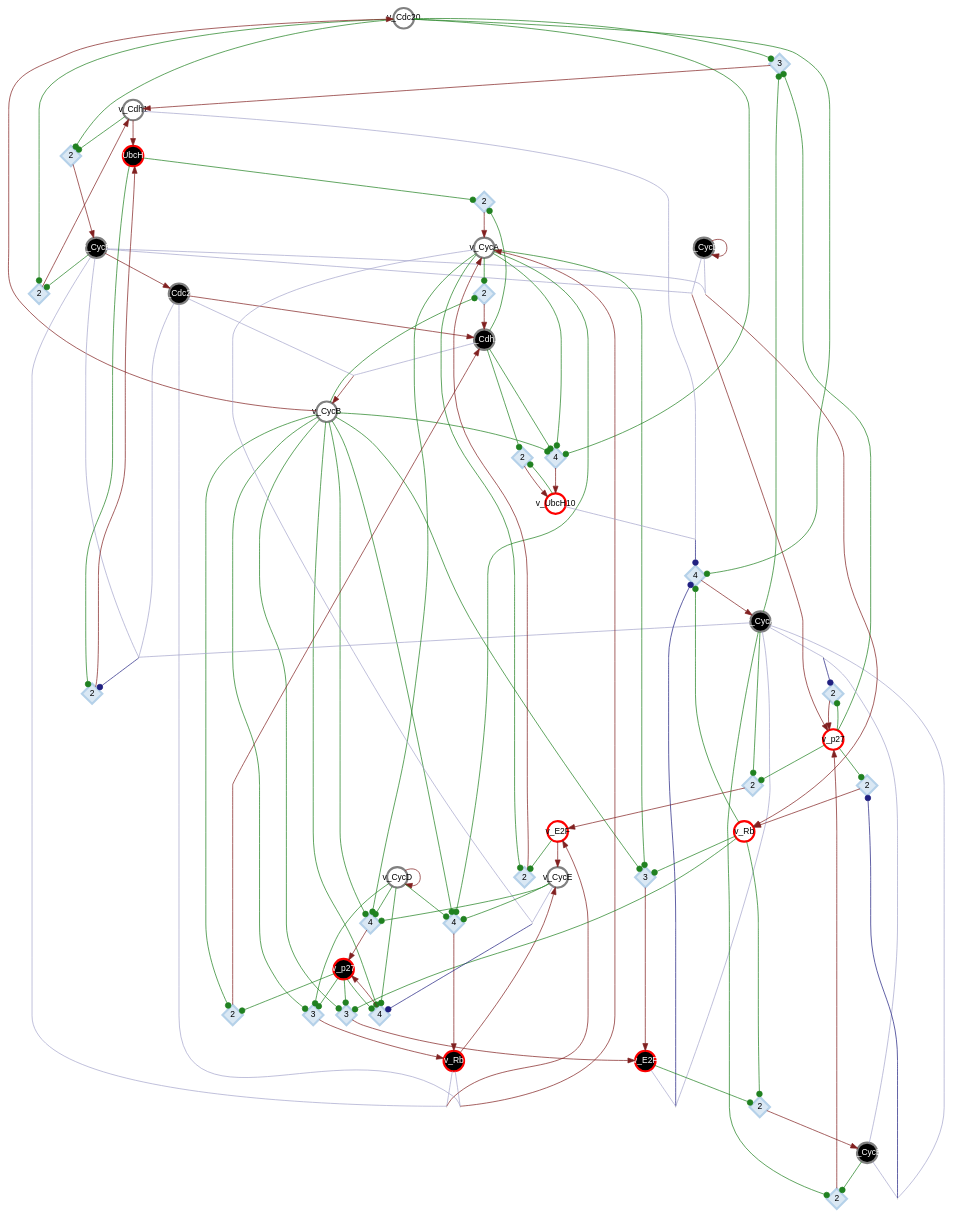
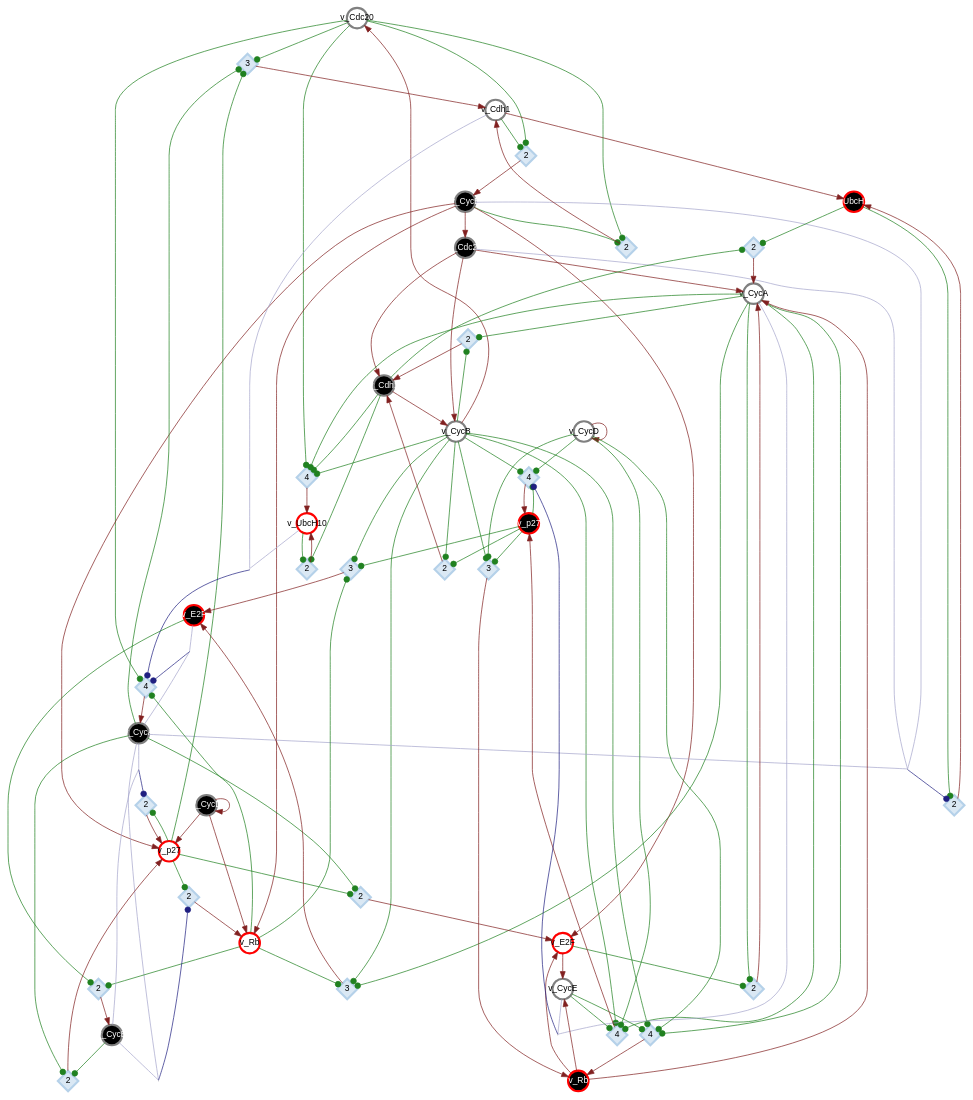
Before and after one commit to CASCI-lab/CANA: the diagram in dev/logs/dcm_bbm_figures/023__MAMMALIAN-CELL-CYCLE-2006/legacy_simplify.gv, drawn with Graphviz. The commit also changed 26 other files, not shown here.

```diff
--- a/dev/logs/dcm_bbm_figures/023__MAMMALIAN-CELL-CYCLE-2006/legacy_simplify.gv
+++ b/dev/logs/dcm_bbm_figures/023__MAMMALIAN-CELL-CYCLE-2006/legacy_simplify.gv
@@ -16,7 +16,6 @@
 	"var-2-out-0" [label=v_CycA color=gray fillcolor=white fontcolor=black]
 	"thr-4-var-1-out-1" [label=2 color="#b5d1e9" fillcolor="#dae8f4" fontcolor=black height=.4 shape=diamond style="filled,solid" width=.4]
 	"var-9-out-1" [label=v_p27 color=red fillcolor=black fontcolor=white]
-	"fus-0-grp-0-thr-0-var-2-out-1" [label="" height=0 margin=0 shape=none width=0]
 	"var-7-out-1" [label=v_Rb color=red fillcolor=black fontcolor=white]
 	"thr-1-var-2-out-0" [label=2 color="#b5d1e9" fillcolor="#dae8f4" fontcolor=black height=.4 shape=diamond style="filled,solid" width=.4]
 	"var-8-out-1" [label=v_UbcH10 color=red fillcolor=black fontcolor=white]
@@ -28,7 +27,6 @@
 	"var-8-out-0" [label=v_UbcH10 color=red fillcolor=white fontcolor=black]
 	"fus-0-grp-1-thr-3-var-2-out-1" [label="" height=0 margin=0 shape=none width=0]
 	"var-6-out-1" [label=v_E2F color=red fillcolor=black fontcolor=white]
-	"fus-0-grp-0-thr-0-var-3-out-1" [label="" height=0 margin=0 shape=none width=0]
 	"thr-1-var-3-out-1" [label=2 color="#b5d1e9" fillcolor="#dae8f4" fontcolor=black height=.4 shape=diamond style="filled,solid" width=.4]
 	"var-4-out-0" [label=v_CycD color=gray fillcolor=white fontcolor=black]
 	"var-4-out-1" [label=v_CycD color=gray fillcolor=black fontcolor=white]
@@ -36,12 +34,10 @@
 	"var-5-out-1" [label=v_CycE color=gray fillcolor=black fontcolor=white]
 	"thr-2-var-5-out-1" [label=2 color="#b5d1e9" fillcolor="#dae8f4" fontcolor=black height=.4 shape=diamond style="filled,solid" width=.4]
 	"thr-0-var-6-out-0" [label=2 color="#b5d1e9" fillcolor="#dae8f4" fontcolor=black height=.4 shape=diamond style="filled,solid" width=.4]
-	"fus-0-grp-0-thr-1-var-6-out-1" [label="" height=0 margin=0 shape=none width=0]
 	"thr-2-var-6-out-1" [label=3 color="#b5d1e9" fillcolor="#dae8f4" fontcolor=black height=.4 shape=diamond style="filled,solid" width=.4]
 	"thr-3-var-6-out-1" [label=3 color="#b5d1e9" fillcolor="#dae8f4" fontcolor=black height=.4 shape=diamond style="filled,solid" width=.4]
 	"thr-0-var-7-out-0" [label=2 color="#b5d1e9" fillcolor="#dae8f4" fontcolor=black height=.4 shape=diamond style="filled,solid" width=.4]
 	"fus-0-grp-0-thr-0-var-7-out-1" [label="" height=0 margin=0 shape=none width=0]
-	"fus-0-grp-0-thr-1-var-7-out-1" [label="" height=0 margin=0 shape=none width=0]
 	"thr-2-var-7-out-1" [label=4 color="#b5d1e9" fillcolor="#dae8f4" fontcolor=black height=.4 shape=diamond style="filled,solid" width=.4]
 	"thr-3-var-7-out-1" [label=3 color="#b5d1e9" fillcolor="#dae8f4" fontcolor=black height=.4 shape=diamond style="filled,solid" width=.4]
 	"thr-0-var-8-out-0" [label=4 color="#b5d1e9" fillcolor="#dae8f4" fontcolor=black height=.4 shape=diamond style="filled,solid" width=.4]
@@ -51,7 +47,6 @@
 	"thr-0-var-9-out-0" [label=2 color="#b5d1e9" fillcolor="#dae8f4" fontcolor=black height=.4 shape=diamond style="filled,solid" width=.4]
 	"thr-1-var-9-out-0" [label=2 color="#b5d1e9" fillcolor="#dae8f4" fontcolor=black height=.4 shape=diamond style="filled,solid" width=.4]
 	"fus-0-grp-0-thr-1-var-9-out-1" [label="" height=0 margin=0 shape=none width=0]
-	"fus-0-grp-0-thr-2-var-9-out-1" [label="" height=0 margin=0 shape=none width=0]
 	"thr-3-var-9-out-1" [label=4 color="#b5d1e9" fillcolor="#dae8f4" fontcolor=black height=.4 shape=diamond style="filled,solid" width=.4]
 	"thr-4-var-9-out-1" [label=4 color="#b5d1e9" fillcolor="#dae8f4" fontcolor=black height=.4 shape=diamond style="filled,solid" width=.4]
 	"fus-0-grp-0-thr-4-var-9-out-0" [label="" height=0 margin=0 shape=none width=0]
@@ -60,9 +55,9 @@
 	"var-0-out-0" -> "thr-3-var-2-out-1" [arrowhead=dot color="#208120"]
 	"var-0-out-0" -> "thr-1-var-3-out-1" [arrowhead=dot color="#208120"]
 	"var-0-out-0" -> "thr-0-var-8-out-0" [arrowhead=dot color="#208120"]
-	"var-0-out-1" -> "fus-0-grp-0-thr-0-var-2-out-1" [arrowhead=none color="#a5a5cc"]
-	"var-0-out-1" -> "fus-0-grp-0-thr-0-var-3-out-1" [arrowhead=none color="#a5a5cc"]
 	"var-0-out-1" -> "fus-0-grp-0-thr-2-var-8-out-1" [arrowhead=none color="#a5a5cc"]
+	"var-0-out-1" -> "var-2-out-0" [arrowhead=normal color="#812020"]
+	"var-0-out-1" -> "var-3-out-0" [arrowhead=normal color="#812020"]
 	"var-0-out-1" -> "var-1-out-1" [arrowhead=normal color="#812020"]
 	"var-3-out-0" -> "thr-3-var-1-out-1" [arrowhead=dot color="#208120"]
 	"var-3-out-0" -> "thr-4-var-1-out-1" [arrowhead=dot color="#208120"]
@@ -75,18 +70,18 @@
 	"var-3-out-0" -> "thr-4-var-9-out-1" [arrowhead=dot color="#208120"]
 	"var-3-out-0" -> "var-0-out-0" [arrowhead=normal color="#812020"]
 	"var-3-out-1" -> "thr-1-var-1-out-0" [arrowhead=dot color="#208120"]
-	"var-3-out-1" -> "fus-0-grp-0-thr-1-var-6-out-1" [arrowhead=none color="#a5a5cc"]
-	"var-3-out-1" -> "fus-0-grp-0-thr-1-var-7-out-1" [arrowhead=none color="#a5a5cc"]
 	"var-3-out-1" -> "fus-0-grp-0-thr-2-var-8-out-1" [arrowhead=none color="#a5a5cc"]
-	"var-3-out-1" -> "fus-0-grp-0-thr-2-var-9-out-1" [arrowhead=none color="#a5a5cc"]
 	"var-3-out-1" -> "var-0-out-1" [arrowhead=normal color="#812020"]
+	"var-3-out-1" -> "var-6-out-0" [arrowhead=normal color="#812020"]
+	"var-3-out-1" -> "var-7-out-0" [arrowhead=normal color="#812020"]
+	"var-3-out-1" -> "var-9-out-0" [arrowhead=normal color="#812020"]
 	"var-1-out-0" -> "fus-0-grp-0-thr-3-var-2-out-0" [arrowhead=none color="#a5a5cc"]
 	"var-1-out-0" -> "thr-1-var-3-out-1" [arrowhead=dot color="#208120"]
 	"var-1-out-0" -> "var-8-out-1" [arrowhead=normal color="#812020"]
 	"var-1-out-1" -> "thr-1-var-2-out-0" [arrowhead=dot color="#208120"]
-	"var-1-out-1" -> "fus-0-grp-0-thr-0-var-3-out-1" [arrowhead=none color="#a5a5cc"]
 	"var-1-out-1" -> "thr-0-var-8-out-0" [arrowhead=dot color="#208120"]
 	"var-1-out-1" -> "thr-1-var-8-out-0" [arrowhead=dot color="#208120"]
+	"var-1-out-1" -> "var-3-out-0" [arrowhead=normal color="#812020"]
 	"thr-0-var-1-out-0" -> "var-1-out-0" [arrowhead=normal color="#812020"]
 	"var-2-out-1" -> "thr-0-var-1-out-0" [arrowhead=dot color="#208120"]
 	"var-2-out-1" -> "fus-0-grp-1-thr-3-var-2-out-1" [arrowhead=none color="#a5a5cc"]
@@ -113,10 +108,9 @@
 	"var-9-out-1" -> "thr-3-var-6-out-1" [arrowhead=dot color="#208120"]
 	"var-9-out-1" -> "thr-3-var-7-out-1" [arrowhead=dot color="#208120"]
 	"var-9-out-1" -> "thr-4-var-9-out-1" [arrowhead=dot color="#208120"]
-	"fus-0-grp-0-thr-0-var-2-out-1" -> "var-2-out-0" [arrowhead=normal color="#812020"]
-	"var-7-out-1" -> "fus-0-grp-0-thr-0-var-2-out-1" [arrowhead=none color="#a5a5cc"]
-	"var-7-out-1" -> "fus-0-grp-0-thr-1-var-6-out-1" [arrowhead=none color="#a5a5cc"]
+	"var-7-out-1" -> "var-2-out-0" [arrowhead=normal color="#812020"]
 	"var-7-out-1" -> "var-5-out-0" [arrowhead=normal color="#812020"]
+	"var-7-out-1" -> "var-6-out-0" [arrowhead=normal color="#812020"]
 	"thr-1-var-2-out-0" -> "var-2-out-0" [arrowhead=normal color="#812020"]
 	"var-8-out-1" -> "thr-1-var-2-out-0" [arrowhead=dot color="#208120"]
 	"var-8-out-1" -> "thr-2-var-8-out-1" [arrowhead=dot color="#208120"]
@@ -134,16 +128,15 @@
 	"fus-0-grp-1-thr-3-var-2-out-1" -> "thr-3-var-2-out-1" [arrowhead=dot color="#202081"]
 	"var-6-out-1" -> "fus-0-grp-1-thr-3-var-2-out-1" [arrowhead=none color="#a5a5cc"]
 	"var-6-out-1" -> "thr-2-var-5-out-1" [arrowhead=dot color="#208120"]
-	"fus-0-grp-0-thr-0-var-3-out-1" -> "var-3-out-0" [arrowhead=normal color="#812020"]
 	"thr-1-var-3-out-1" -> "var-3-out-1" [arrowhead=normal color="#812020"]
 	"var-4-out-0" -> "thr-2-var-7-out-1" [arrowhead=dot color="#208120"]
 	"var-4-out-0" -> "thr-3-var-7-out-1" [arrowhead=dot color="#208120"]
 	"var-4-out-0" -> "thr-3-var-9-out-1" [arrowhead=dot color="#208120"]
 	"var-4-out-0" -> "thr-4-var-9-out-1" [arrowhead=dot color="#208120"]
 	"var-4-out-0" -> "var-4-out-0" [arrowhead=normal color="#812020"]
-	"var-4-out-1" -> "fus-0-grp-0-thr-1-var-7-out-1" [arrowhead=none color="#a5a5cc"]
-	"var-4-out-1" -> "fus-0-grp-0-thr-2-var-9-out-1" [arrowhead=none color="#a5a5cc"]
 	"var-4-out-1" -> "var-4-out-1" [arrowhead=normal color="#812020"]
+	"var-4-out-1" -> "var-7-out-0" [arrowhead=normal color="#812020"]
+	"var-4-out-1" -> "var-9-out-0" [arrowhead=normal color="#812020"]
 	"var-5-out-0" -> "thr-2-var-7-out-1" [arrowhead=dot color="#208120"]
 	"var-5-out-0" -> "thr-3-var-9-out-1" [arrowhead=dot color="#208120"]
 	"var-5-out-0" -> "fus-0-grp-0-thr-4-var-9-out-0" [arrowhead=none color="#a5a5cc"]
@@ -152,12 +145,10 @@
 	"var-5-out-1" -> "fus-0-grp-0-thr-1-var-9-out-1" [arrowhead=none color="#a5a5cc"]
 	"thr-2-var-5-out-1" -> "var-5-out-1" [arrowhead=normal color="#812020"]
 	"thr-0-var-6-out-0" -> "var-6-out-0" [arrowhead=normal color="#812020"]
-	"fus-0-grp-0-thr-1-var-6-out-1" -> "var-6-out-0" [arrowhead=normal color="#812020"]
 	"thr-2-var-6-out-1" -> "var-6-out-1" [arrowhead=normal color="#812020"]
 	"thr-3-var-6-out-1" -> "var-6-out-1" [arrowhead=normal color="#812020"]
 	"thr-0-var-7-out-0" -> "var-7-out-0" [arrowhead=normal color="#812020"]
 	"fus-0-grp-0-thr-0-var-7-out-1" -> "thr-0-var-7-out-0" [arrowhead=dot color="#202081"]
-	"fus-0-grp-0-thr-1-var-7-out-1" -> "var-7-out-0" [arrowhead=normal color="#812020"]
 	"thr-2-var-7-out-1" -> "var-7-out-1" [arrowhead=normal color="#812020"]
 	"thr-3-var-7-out-1" -> "var-7-out-1" [arrowhead=normal color="#812020"]
 	"thr-0-var-8-out-0" -> "var-8-out-0" [arrowhead=normal color="#812020"]
@@ -167,7 +158,6 @@
 	"thr-0-var-9-out-0" -> "var-9-out-0" [arrowhead=normal color="#812020"]
 	"thr-1-var-9-out-0" -> "var-9-out-0" [arrowhead=normal color="#812020"]
 	"fus-0-grp-0-thr-1-var-9-out-1" -> "thr-1-var-9-out-0" [arrowhead=dot color="#202081"]
-	"fus-0-grp-0-thr-2-var-9-out-1" -> "var-9-out-0" [arrowhead=normal color="#812020"]
 	"thr-3-var-9-out-1" -> "var-9-out-1" [arrowhead=normal color="#812020"]
 	"thr-4-var-9-out-1" -> "var-9-out-1" [arrowhead=normal color="#812020"]
 	"fus-0-grp-0-thr-4-var-9-out-0" -> "thr-4-var-9-out-1" [arrowhead=dot color="#202081"]
```
